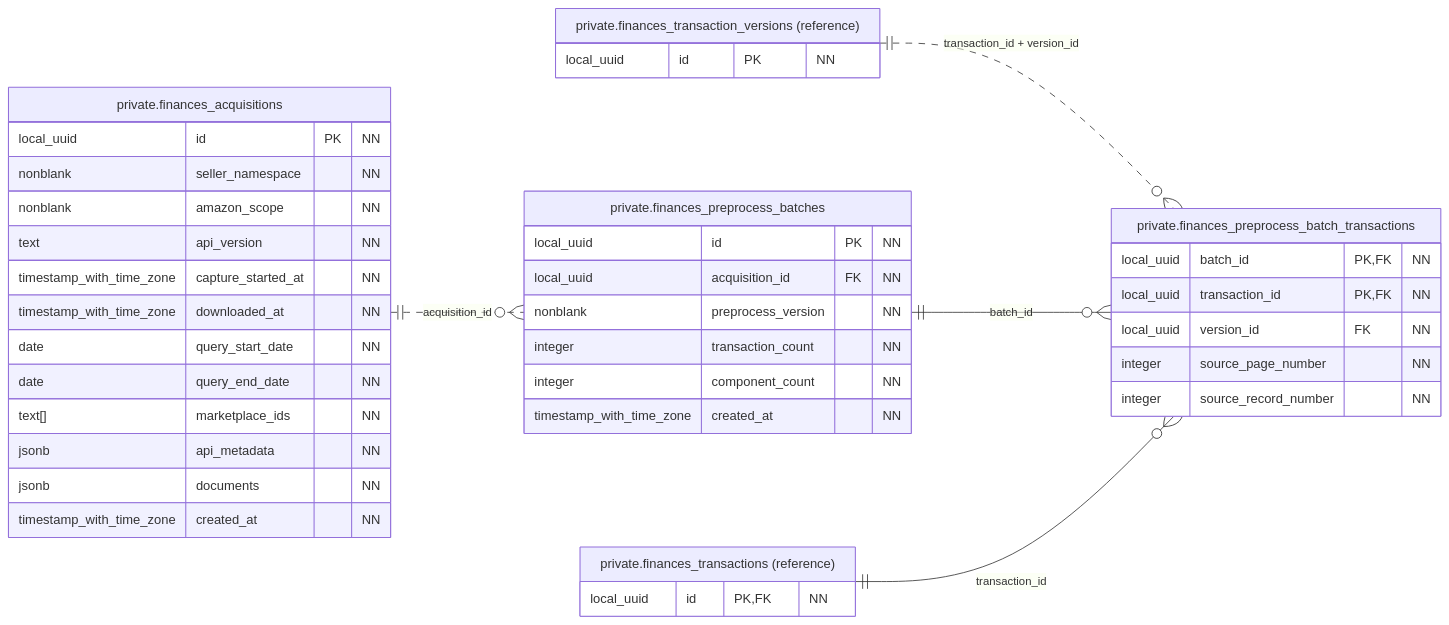
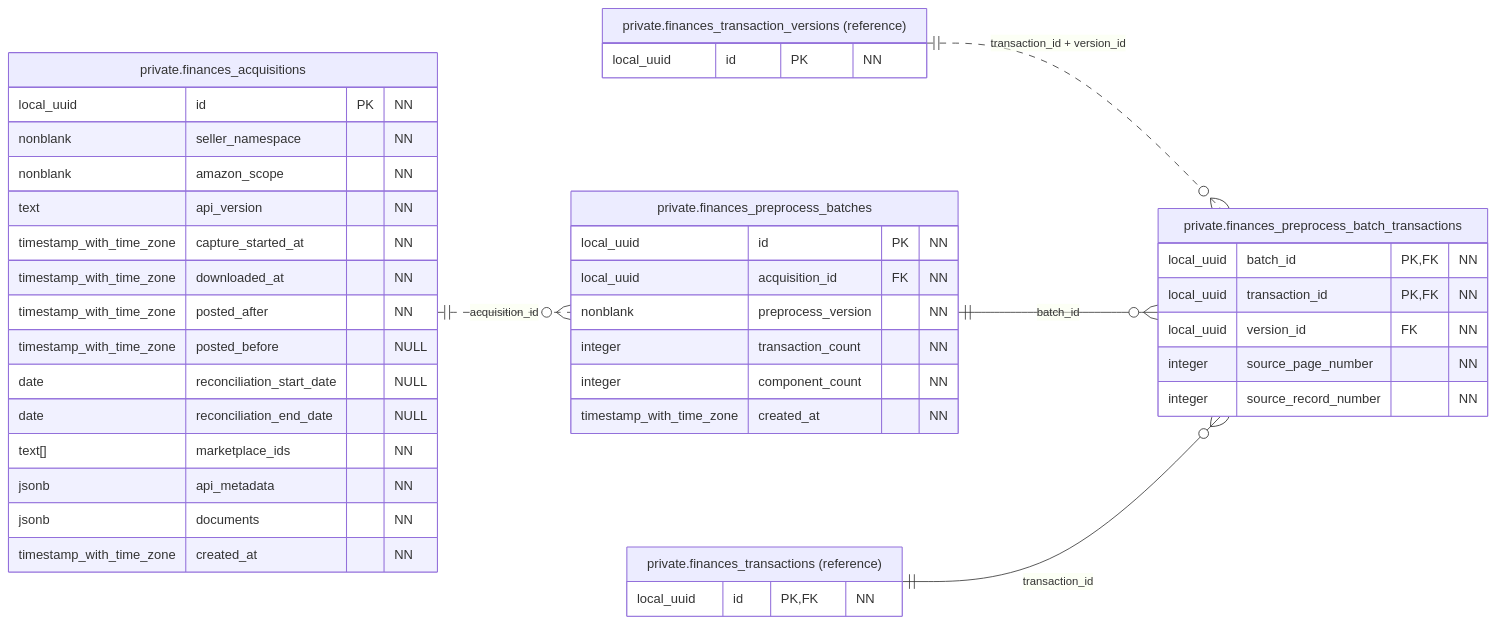
Before and after one commit to qwercxzsda/A-SelBox: the diagram in docs/figures/database/03-finances-observations.mmd, drawn with Mermaid. The commit also changed 204 other files, not shown here.

```diff
--- a/docs/figures/database/03-finances-observations.mmd
+++ b/docs/figures/database/03-finances-observations.mmd
@@ -1,46 +1,48 @@
 erDiagram
     direction LR
     private_finances_acquisitions ||..o{ private_finances_preprocess_batches : "acquisition_id"
     private_finances_transaction_versions ||..o{ private_finances_preprocess_batch_transactions : "transaction_id + version_id"
     private_finances_preprocess_batches ||--o{ private_finances_preprocess_batch_transactions : "batch_id"
     private_finances_transactions ||--o{ private_finances_preprocess_batch_transactions : "transaction_id"
 
     private_finances_acquisitions["private.finances_acquisitions"] {
         local_uuid id PK "NN"
         nonblank seller_namespace "NN"
         nonblank amazon_scope "NN"
         text api_version "NN"
         timestamp_with_time_zone capture_started_at "NN"
         timestamp_with_time_zone downloaded_at "NN"
-        date query_start_date "NN"
-        date query_end_date "NN"
+        timestamp_with_time_zone posted_after "NN"
+        timestamp_with_time_zone posted_before "NULL"
+        date reconciliation_start_date "NULL"
+        date reconciliation_end_date "NULL"
         text[] marketplace_ids "NN"
         jsonb api_metadata "NN"
         jsonb documents "NN"
         timestamp_with_time_zone created_at "NN"
     }
 
     private_finances_preprocess_batches["private.finances_preprocess_batches"] {
         local_uuid id PK "NN"
         local_uuid acquisition_id FK "NN"
         nonblank preprocess_version "NN"
         integer transaction_count "NN"
         integer component_count "NN"
         timestamp_with_time_zone created_at "NN"
     }
 
     private_finances_preprocess_batch_transactions["private.finances_preprocess_batch_transactions"] {
         local_uuid batch_id PK, FK "NN"
         local_uuid transaction_id PK, FK "NN"
         local_uuid version_id FK "NN"
         integer source_page_number "NN"
         integer source_record_number "NN"
     }
 
     private_finances_transaction_versions["private.finances_transaction_versions (reference)"] {
         local_uuid id PK "NN"
     }
 
     private_finances_transactions["private.finances_transactions (reference)"] {
         local_uuid id PK, FK "NN"
     }
```
